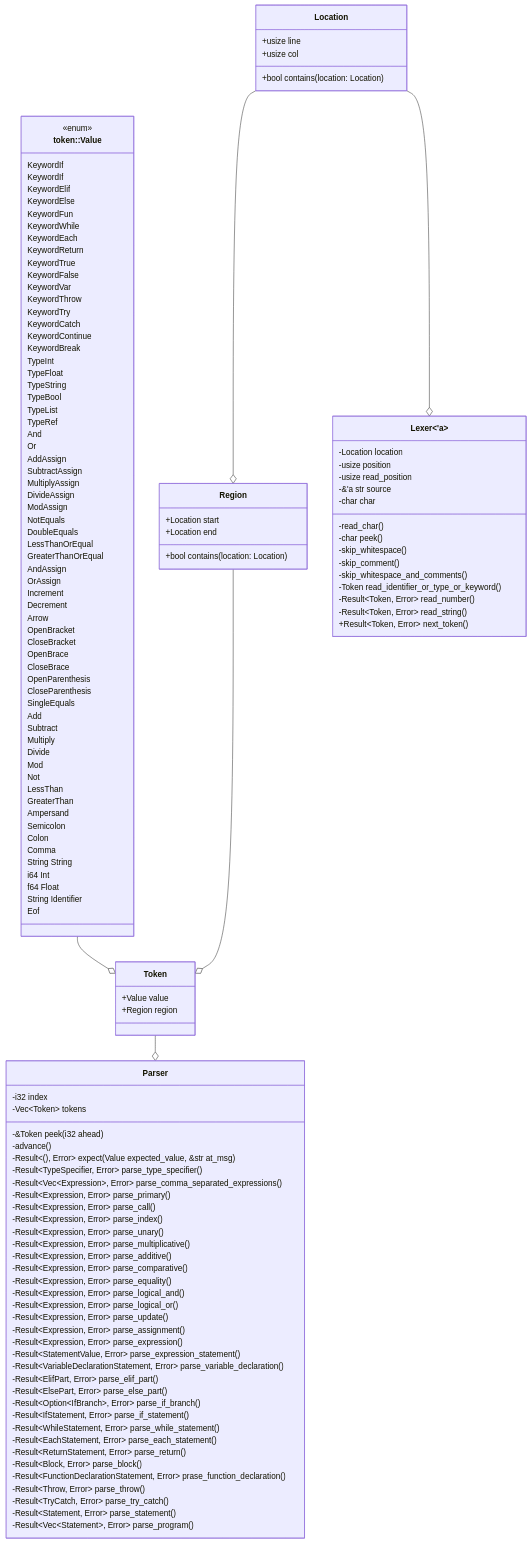
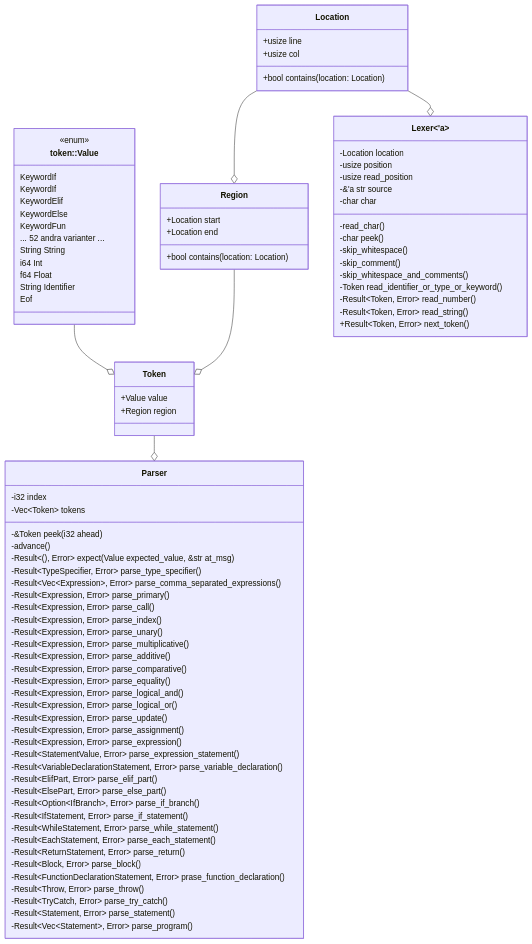
The diagram in docs/uml-lexer-parser.mmd (OttoRoming/TDP019), drawn with Mermaid before and after one commit. The commit also changed 1 other file, not shown here.

Commit message:
update lexer parser uml

```diff
--- a/docs/uml-lexer-parser.mmd
+++ b/docs/uml-lexer-parser.mmd
@@ -1,147 +1,96 @@
 classDiagram
 direction TB
     class Location {
 	    +usize line
 	    +usize col
 	    +bool contains(location: Location)
     }
 
     class Region {
 	    +Location start
 	    +Location end
 	    +bool contains(location: Location)
     }
 
     class Token {
 	    +Value value
 	    +Region region
     }
 
     class `token&colon;&colon;Value` {
 	    KeywordIf
 	    KeywordIf
 	    KeywordElif
 	    KeywordElse
 	    KeywordFun
-	    KeywordWhile
-	    KeywordEach
-	    KeywordReturn
-	    KeywordTrue
-	    KeywordFalse
-	    KeywordVar
-	    KeywordThrow
-	    KeywordTry
-	    KeywordCatch
-	    KeywordContinue
-	    KeywordBreak
-	    TypeInt
-	    TypeFloat
-	    TypeString
-	    TypeBool
-	    TypeList
-	    TypeRef
-	    And
-	    Or
-	    AddAssign
-	    SubtractAssign
-	    MultiplyAssign
-	    DivideAssign
-	    ModAssign
-	    NotEquals
-	    DoubleEquals
-	    LessThanOrEqual
-	    GreaterThanOrEqual
-	    AndAssign
-	    OrAssign
-	    Increment
-	    Decrement
-	    Arrow
-	    OpenBracket
-	    CloseBracket
-	    OpenBrace
-	    CloseBrace
-	    OpenParenthesis
-	    CloseParenthesis
-	    SingleEquals
-	    Add
-	    Subtract
-	    Multiply
-	    Divide
-	    Mod
-	    Not
-	    LessThan
-	    GreaterThan
-	    Ampersand
-	    Semicolon
-	    Colon
-	    Comma
+	    ... 52 andra varianter ...
 	    String String
 	    i64 Int
 	    f64 Float
 	    String Identifier
 	    Eof
     }
 
     class `Lexer&lt;'a&gt;` {
 	    -Location location
 	    -usize position
 	    -usize read_position
 	    -&'a str source
 	    -char char
 	    -read_char()
 	    -char peek()
 	    -skip_whitespace()
 	    -skip_comment()
 	    -skip_whitespace_and_comments()
 	    -Token read_identifier_or_type_or_keyword()
 	    -Result&lt;Token, Error&gt; read_number()
 	    -Result&lt;Token, Error&gt; read_string()
 	    +Result&lt;Token, Error&gt; next_token()
     }
 
     class Parser {
 	    -i32 index
 	    -Vec~Token~ tokens
 	    -&Token peek(i32 ahead)
 	    -advance()
 	    -Result&lt;(), Error&gt; expect(Value expected_value, &str at_msg)
 	    -Result&lt;TypeSpecifier, Error&gt; parse_type_specifier()
 	    -Result&lt;Vec&lt;Expression&gt;, Error&gt; parse_comma_separated_expressions()
 	    -Result&lt;Expression, Error&gt; parse_primary()
 	    -Result&lt;Expression, Error&gt; parse_call()
 	    -Result&lt;Expression, Error&gt; parse_index()
 	    -Result&lt;Expression, Error&gt; parse_unary()
 	    -Result&lt;Expression, Error&gt; parse_multiplicative()
 	    -Result&lt;Expression, Error&gt; parse_additive()
 	    -Result&lt;Expression, Error&gt; parse_comparative()
 	    -Result&lt;Expression, Error&gt; parse_equality()
 	    -Result&lt;Expression, Error&gt; parse_logical_and()
 	    -Result&lt;Expression, Error&gt; parse_logical_or()
 	    -Result&lt;Expression, Error&gt; parse_update()
 	    -Result&lt;Expression, Error&gt; parse_assignment()
 	    -Result&lt;Expression, Error&gt; parse_expression()
 	    -Result&lt;StatementValue, Error&gt; parse_expression_statement()
 	    -Result&lt;VariableDeclarationStatement, Error&gt; parse_variable_declaration()
 	    -Result&lt;ElifPart, Error&gt; parse_elif_part()
 	    -Result&lt;ElsePart, Error&gt; parse_else_part()
 	    -Result&lt;Option&lt;IfBranch&gt;, Error&gt; parse_if_branch()
 	    -Result&lt;IfStatement, Error&gt; parse_if_statement()
 	    -Result&lt;WhileStatement, Error&gt; parse_while_statement()
 	    -Result&lt;EachStatement, Error&gt; parse_each_statement()
 	    -Result&lt;ReturnStatement, Error&gt; parse_return()
 	    -Result&lt;Block, Error&gt; parse_block()
 	    -Result&lt;FunctionDeclarationStatement, Error&gt; prase_function_declaration()
 	    -Result&lt;Throw, Error&gt; parse_throw()
 	    -Result&lt;TryCatch, Error&gt; parse_try_catch()
 	    -Result&lt;Statement, Error&gt; parse_statement()
 	    -Result&lt;Vec&lt;Statement&gt;, Error&gt; parse_program()
     }
 
 
 	<<enum>> `token&colon;&colon;Value`
 
     Token --o Parser
     `token&colon;&colon;Value` --o Token
     Region --o Token
     Location --o Region
 	Location --o `Lexer&lt;'a&gt;`
```
